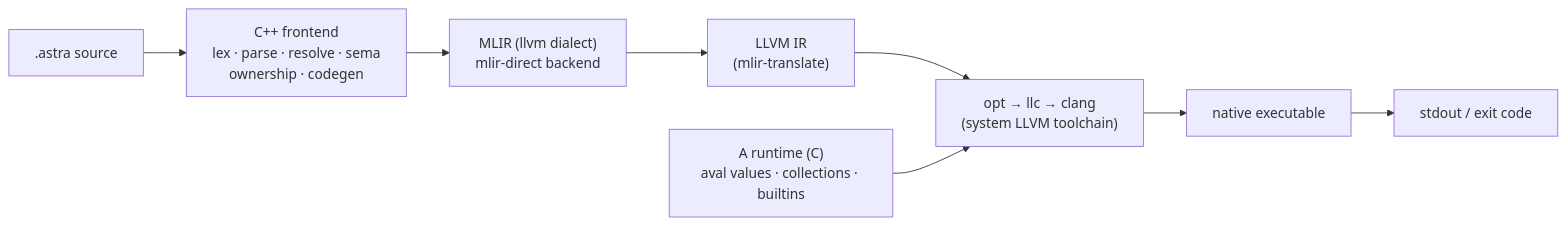
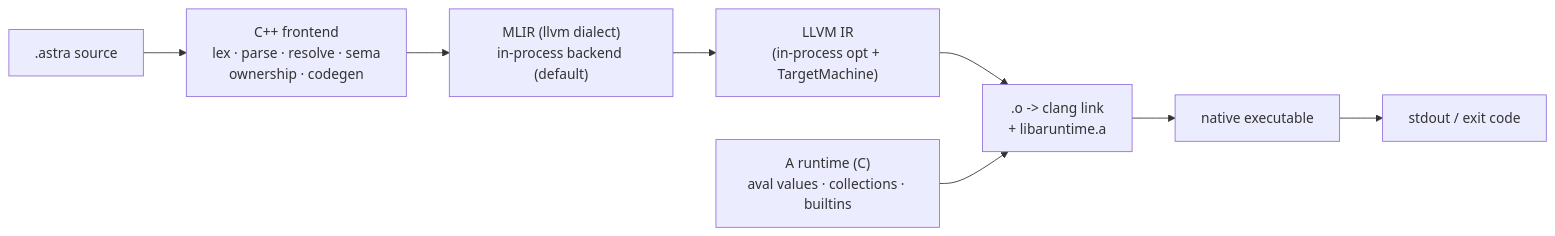
The diagram in README.md (ALangLabs/A), drawn with Mermaid before and after one commit. The commit also changed other lines of this file and 26 other files, not shown here.

````diff
--- a/README.md
+++ b/README.md
@@ -157,10 +157,10 @@
 ```mermaid
 flowchart LR
     src[".astra source"] --> fe["C++ frontend<br/>lex · parse · resolve · sema<br/>ownership · codegen"]
-    fe --> mlir["MLIR (llvm dialect)<br/>mlir-direct backend"]
-    mlir --> ll["LLVM IR<br/>(mlir-translate)"]
-    ll --> tools["opt → llc → clang<br/>(system LLVM toolchain)"]
+    fe --> mlir["MLIR (llvm dialect)<br/>in-process backend (default)"]
+    mlir --> ll["LLVM IR<br/>(in-process opt + TargetMachine)"]
+    ll --> tools[".o -> clang link<br/>+ libaruntime.a"]
     rt["A runtime (C)<br/>aval values · collections · builtins"] --> tools
     tools --> bin["native executable"]
     bin --> out["stdout / exit code"]
 ```
````
